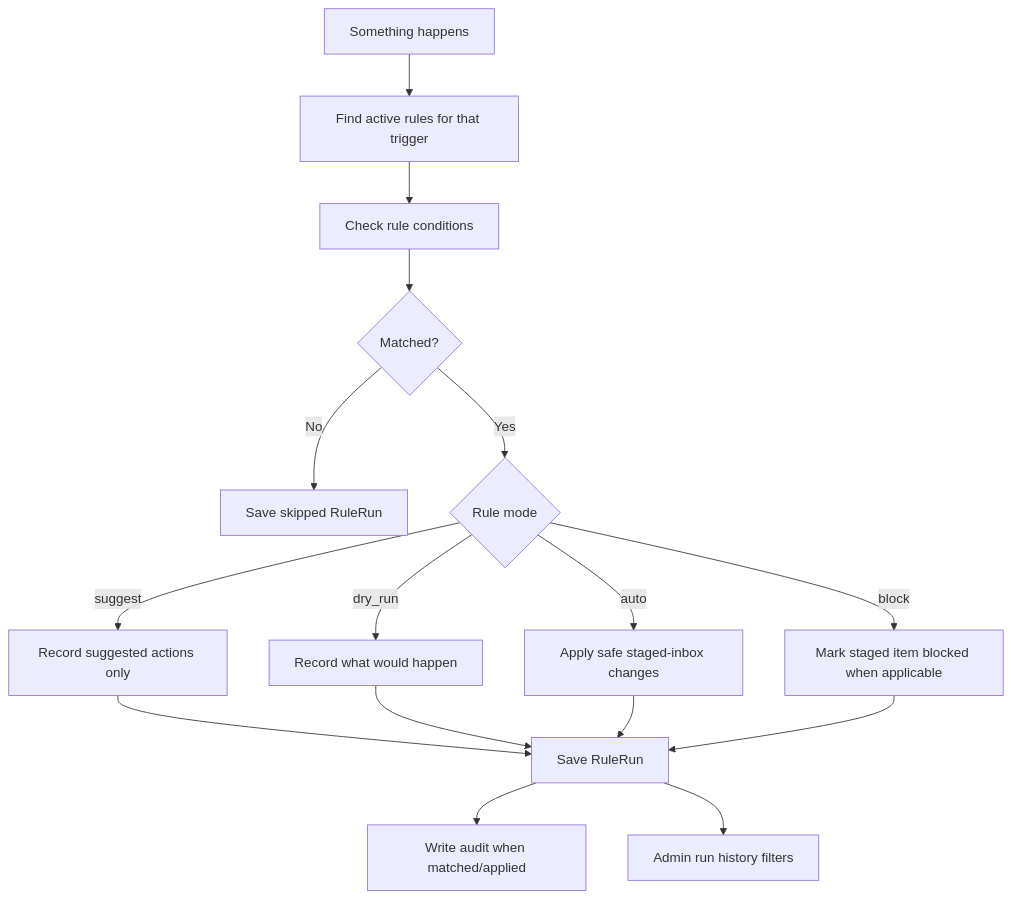
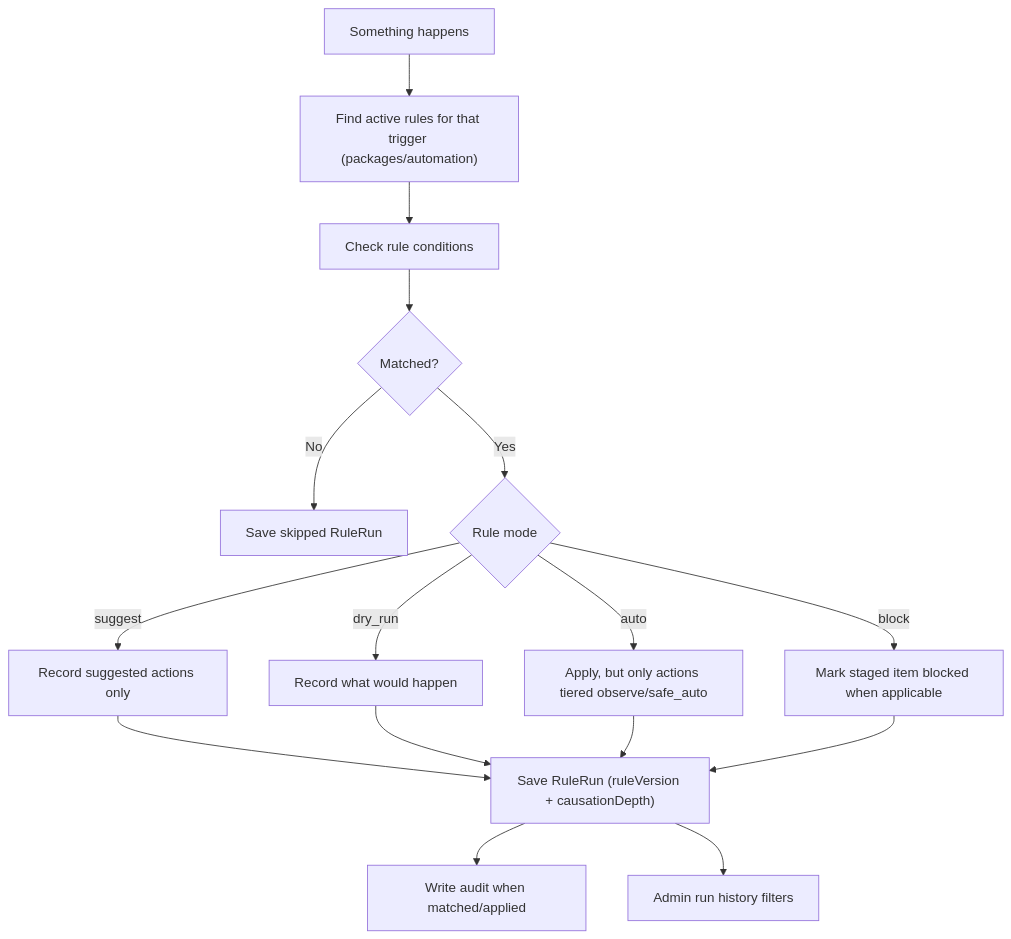
One commit to josephdfryer/life-os changed diagram 18 of 22 in docs/PERSONS_ARCHITECTURE.md. Above: the diagram before and after it, drawn with Mermaid. The commit also changed other lines of this file, not shown here.

````diff
--- a/docs/PERSONS_ARCHITECTURE.md
+++ b/docs/PERSONS_ARCHITECTURE.md
@@ -551,21 +638,21 @@
 ```mermaid
 flowchart TD
-  Trigger["Something happens"] --> LoadRules["Find active rules for that trigger"]
+  Trigger["Something happens"] --> LoadRules["Find active rules for that trigger (packages/automation)"]
   LoadRules --> Check["Check rule conditions"]
   Check --> Match{"Matched?"}
 
   Match -->|No| SaveSkip["Save skipped RuleRun"]
   Match -->|Yes| Mode{"Rule mode"}
 
   Mode -->|suggest| Suggest["Record suggested actions only"]
   Mode -->|dry_run| DryRun["Record what would happen"]
-  Mode -->|auto| Auto["Apply safe staged-inbox changes"]
+  Mode -->|auto| Auto["Apply, but only actions tiered observe/safe_auto"]
   Mode -->|block| Block["Mark staged item blocked when applicable"]
 
-  Suggest --> SaveRun["Save RuleRun"]
+  Suggest --> SaveRun["Save RuleRun (ruleVersion + causationDepth)"]
   DryRun --> SaveRun
   Auto --> SaveRun
   Block --> SaveRun
   SaveRun --> Audit["Write audit when matched/applied"]
   SaveRun --> AdminHistory["Admin run history filters"]
 ```
````
